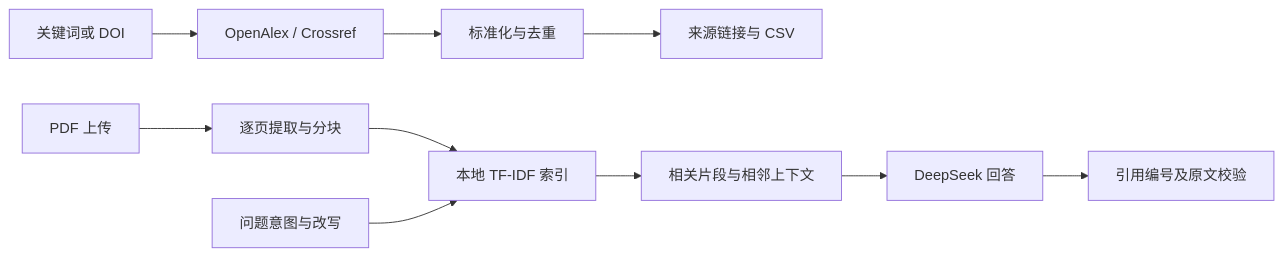
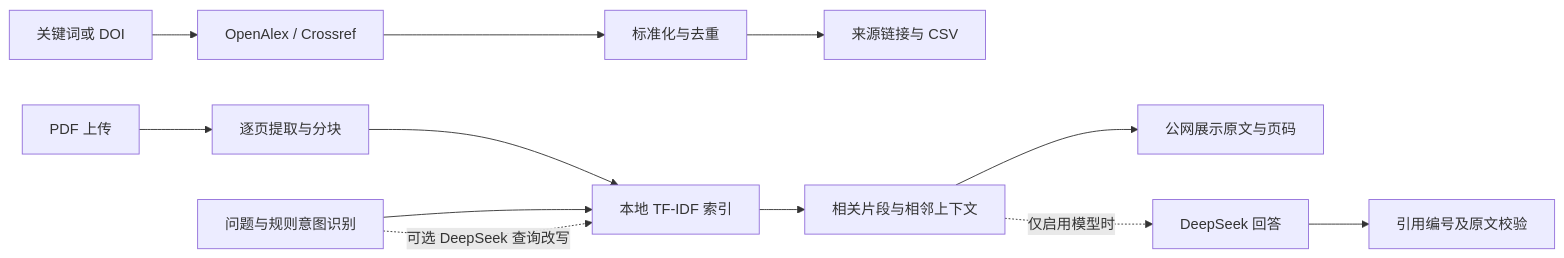
Before and after one commit to nightsci/research-ai-copilot: the diagram in README.md, drawn with Mermaid. The commit also changed other lines of this file and 6 other files, not shown here.

````diff
--- a/README.md
+++ b/README.md
@@ -19,12 +43,14 @@
 ```mermaid
 flowchart LR
   A[关键词或 DOI] --> B[OpenAlex / Crossref]
   B --> C[标准化与去重]
   C --> D[来源链接与 CSV]
   E[PDF 上传] --> F[逐页提取与分块]
   F --> G[本地 TF-IDF 索引]
-  H[问题意图与改写] --> G
+  H[问题与规则意图识别] --> G
+  H -. 可选 DeepSeek 查询改写 .-> G
   G --> I[相关片段与相邻上下文]
-  I --> J[DeepSeek 回答]
+  I --> L[公网展示原文与页码]
+  I -. 仅启用模型时 .-> J[DeepSeek 回答]
   J --> K[引用编号及原文校验]
 ```
````
